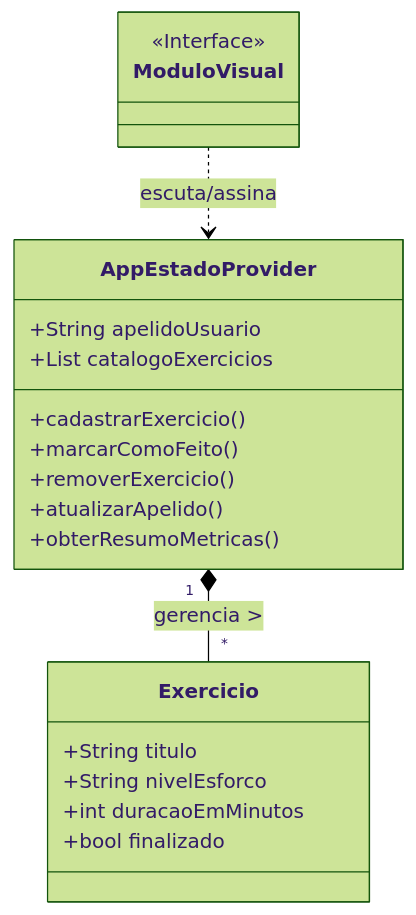
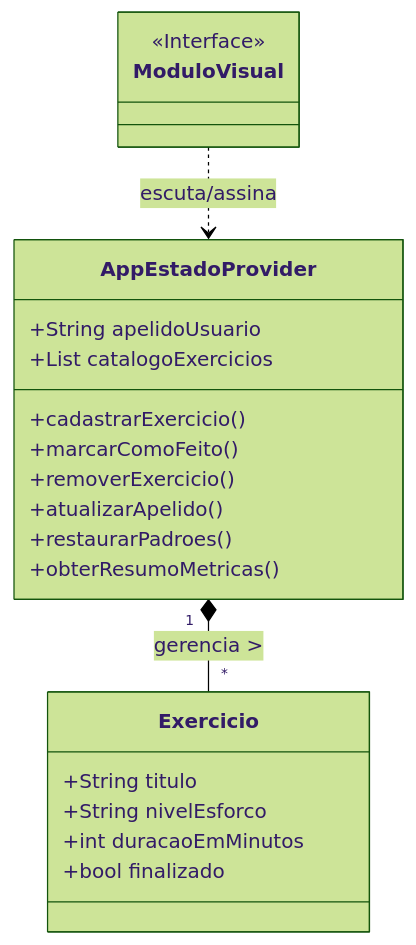
The third of 3 diagrams in README.md (rianeduardo/fitlife), drawn with Mermaid (forest theme) before and after one commit. The commit also changed other lines of this file, not shown here.

````diff
--- a/README.md
+++ b/README.md
@@ -135,26 +223,27 @@
 ```mermaid
 classDiagram
     class Exercicio {
         +String titulo
         +String nivelEsforco
         +int duracaoEmMinutos
         +bool finalizado
     }
 
     class AppEstadoProvider {
         +String apelidoUsuario
         +List catalogoExercicios
         +cadastrarExercicio()
         +marcarComoFeito()
         +removerExercicio()
         +atualizarApelido()
+        +restaurarPadroes()
         +obterResumoMetricas()
     }
 
     class ModuloVisual {
         <<Interface>>
     }
 
     AppEstadoProvider "1" *-- "*" Exercicio : gerencia >
     ModuloVisual ..> AppEstadoProvider : escuta/assina
 ```
````
